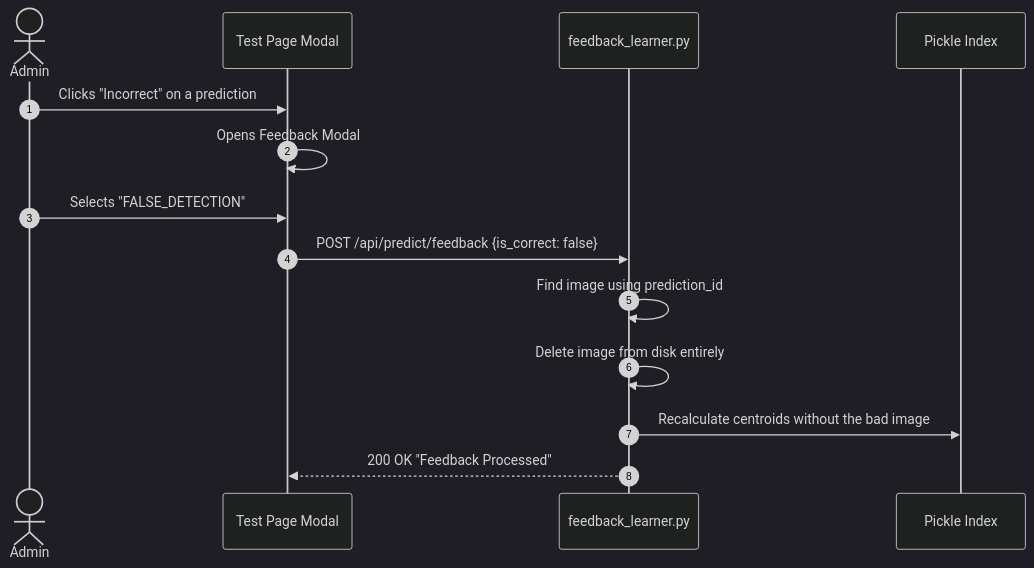
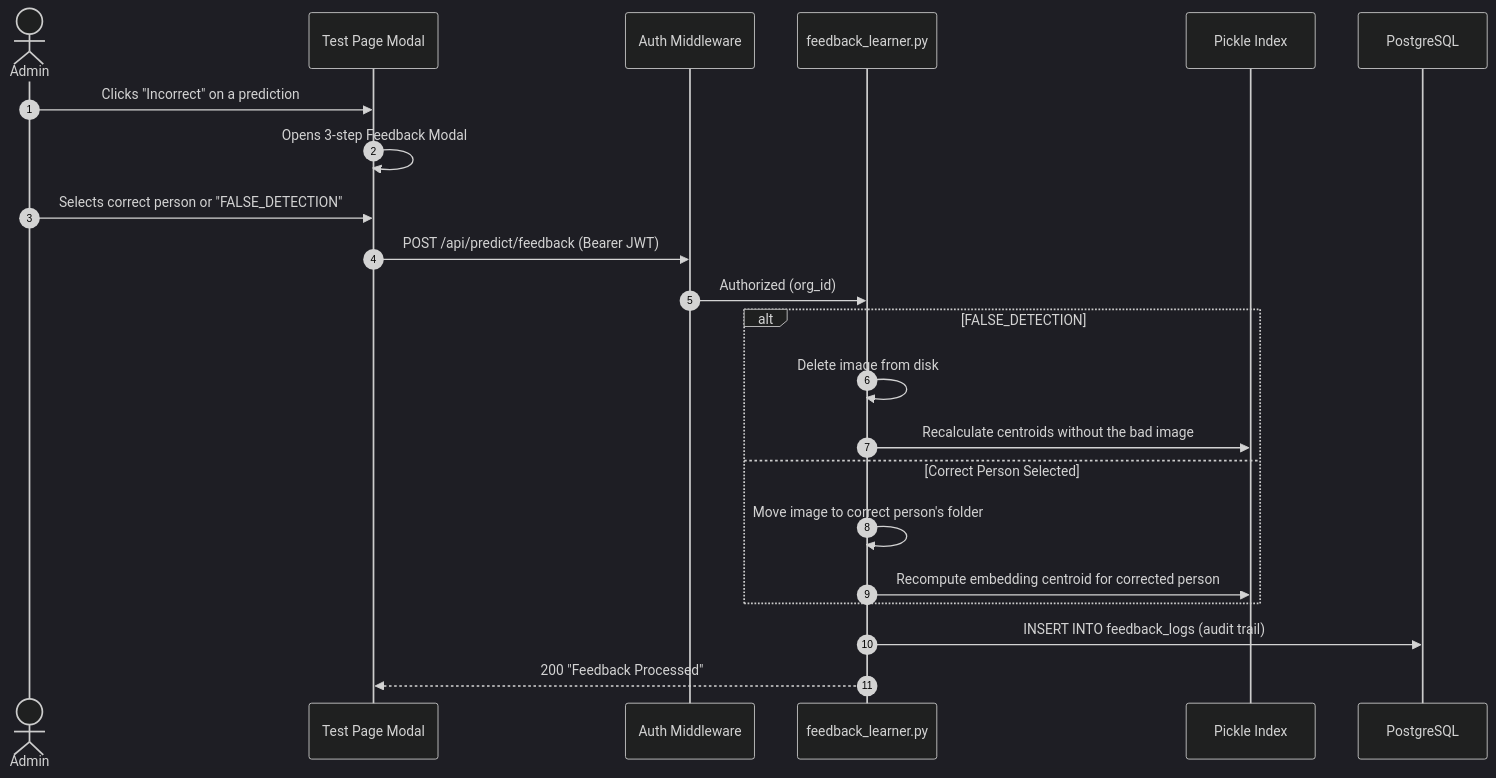
One commit to PrashantTarbundiya/RMS changed the sixth of 6 diagrams in docs/10_Data_Flow.md. Above: the diagram before and after it, drawn with Mermaid (dark theme). The commit also changed other lines of this file and 33 other files, not shown here.

Commit message:
feat: implement robust security architecture, multi-tenant isolation, and automated update management system

````diff
--- a/docs/10_Data_Flow.md
+++ b/docs/10_Data_Flow.md
@@ -76,18 +169,27 @@
 ```mermaid
 sequenceDiagram
     autonumber
     actor Admin
     participant Dashboard as Test Page Modal
+    participant MW as Auth Middleware
     participant API as feedback_learner.py
     participant KNN as Pickle Index
+    participant DB as PostgreSQL
     
     Admin->>Dashboard: Clicks "Incorrect" on a prediction
-    Dashboard->>Dashboard: Opens Feedback Modal
-    Admin->>Dashboard: Selects "FALSE_DETECTION"
-    Dashboard->>API: POST /api/predict/feedback {is_correct: false}
+    Dashboard->>Dashboard: Opens 3-step Feedback Modal
+    Admin->>Dashboard: Selects correct person or "FALSE_DETECTION"
+    Dashboard->>MW: POST /api/predict/feedback (Bearer JWT)
+    MW->>API: Authorized (org_id)
     
-    API->>API: Find image using prediction_id
-    API->>API: Delete image from disk entirely
-    API->>KNN: Recalculate centroids without the bad image
-    API-->>Dashboard: 200 OK "Feedback Processed"
+    alt FALSE_DETECTION
+        API->>API: Delete image from disk
+        API->>KNN: Recalculate centroids without the bad image
+    else Correct Person Selected
+        API->>API: Move image to correct person's folder
+        API->>KNN: Recompute embedding centroid for corrected person
+    end
+    
+    API->>DB: INSERT INTO feedback_logs (audit trail)
+    API-->>Dashboard: 200 "Feedback Processed"
 ```
````
